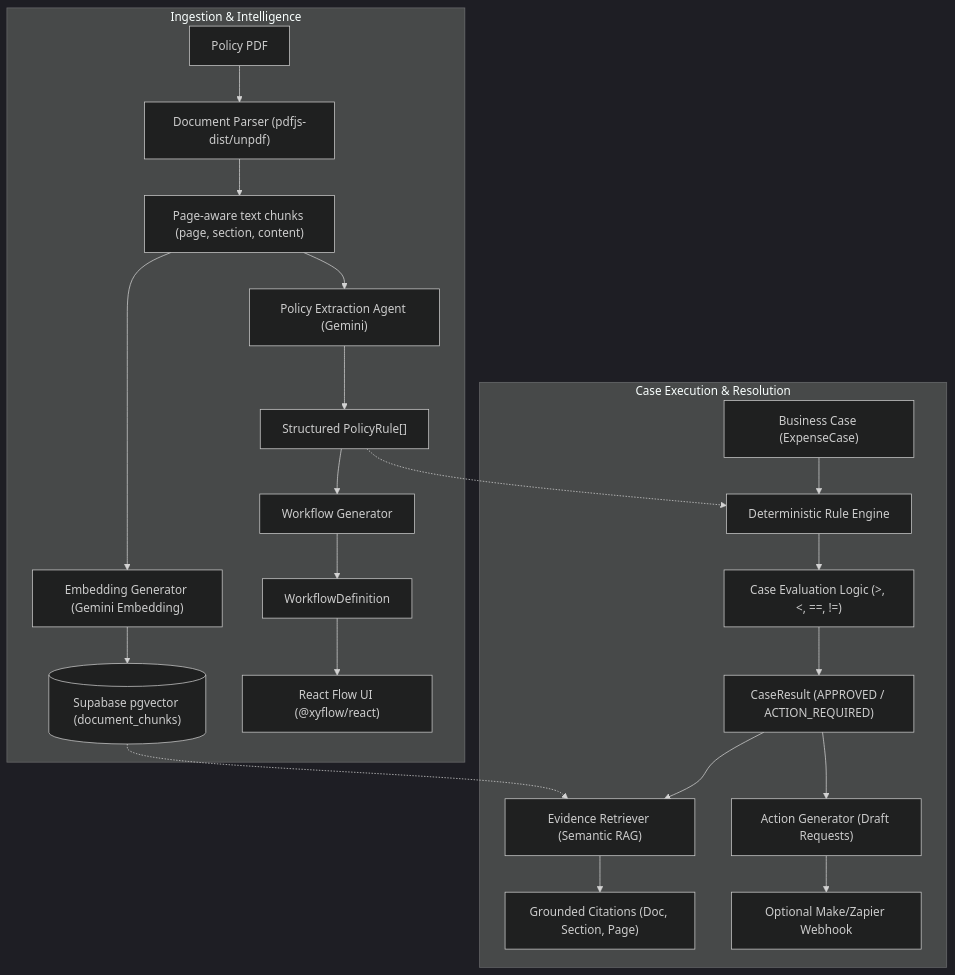
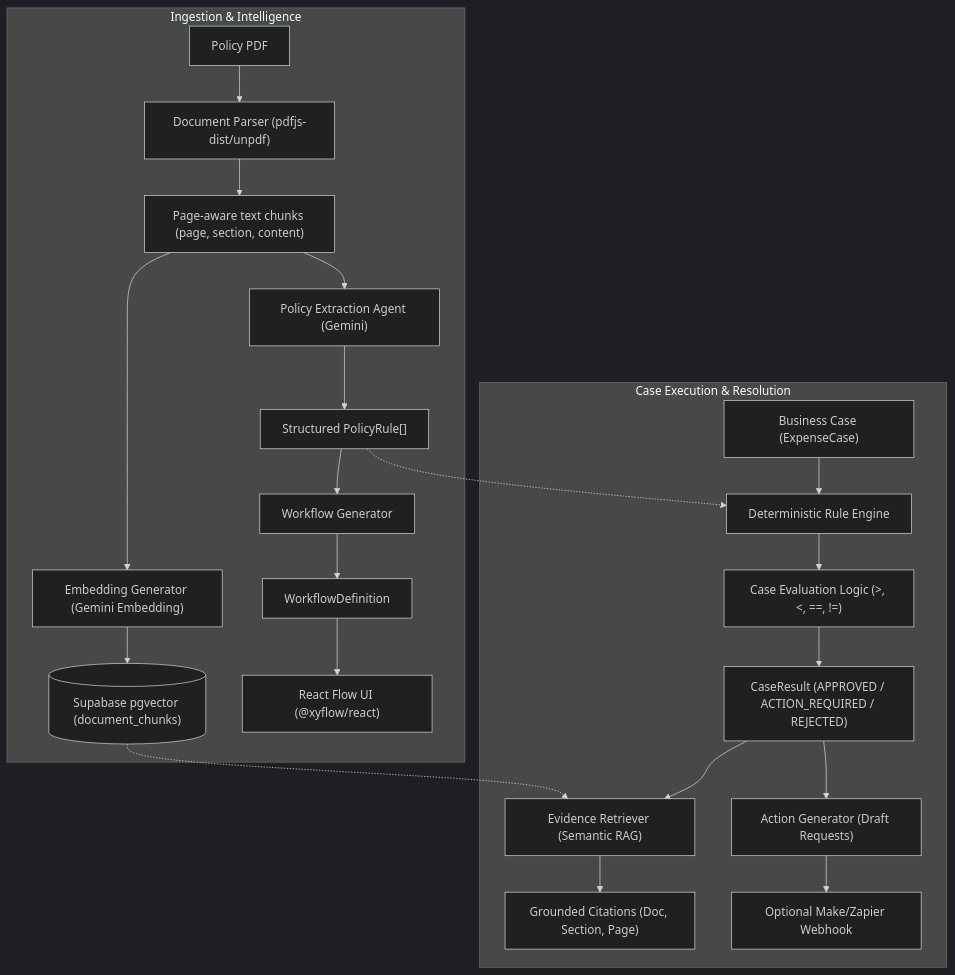
The diagram in docs/ARCHITECTURE.md (zain333ux/RulePilotAI), drawn with Mermaid (dark theme) before and after one commit. The commit also changed other lines of this file and 36 other files, not shown here.

````diff
--- a/docs/ARCHITECTURE.md
+++ b/docs/ARCHITECTURE.md
@@ -10,26 +12,26 @@
 ```mermaid
 flowchart TD
     subgraph Ingestion & Intelligence
         PDF["Policy PDF"] --> Parser["Document Parser (pdfjs-dist/unpdf)"]
         Parser --> Chunks["Page-aware text chunks (page, section, content)"]
         Chunks --> Embed["Embedding Generator (Gemini Embedding)"]
         Embed --> PGVector[("Supabase pgvector (document_chunks)")]
         Chunks --> ExtractionAgent["Policy Extraction Agent (Gemini)"]
         ExtractionAgent --> Rules["Structured PolicyRule[]"]
         Rules --> WFGen["Workflow Generator"]
         WFGen --> WFDef["WorkflowDefinition"]
         WFDef --> ReactFlowUI["React Flow UI (@xyflow/react)"]
     end
 
     subgraph Case Execution & Resolution
         BizCase["Business Case (ExpenseCase)"] --> Engine["Deterministic Rule Engine"]
         Rules -.-> Engine
         Engine --> Evaluation["Case Evaluation Logic (>, <, ==, !=)"]
-        Evaluation --> CaseRes["CaseResult (APPROVED / ACTION_REQUIRED)"]
+        Evaluation --> CaseRes["CaseResult (APPROVED / ACTION_REQUIRED / REJECTED)"]
         CaseRes --> EvidenceRetrieval["Evidence Retriever (Semantic RAG)"]
         PGVector -.-> EvidenceRetrieval
         EvidenceRetrieval --> Citations["Grounded Citations (Doc, Section, Page)"]
         CaseRes --> ActionGen["Action Generator (Draft Requests)"]
         ActionGen --> Webhook["Optional Make/Zapier Webhook"]
     end
 ```
````
